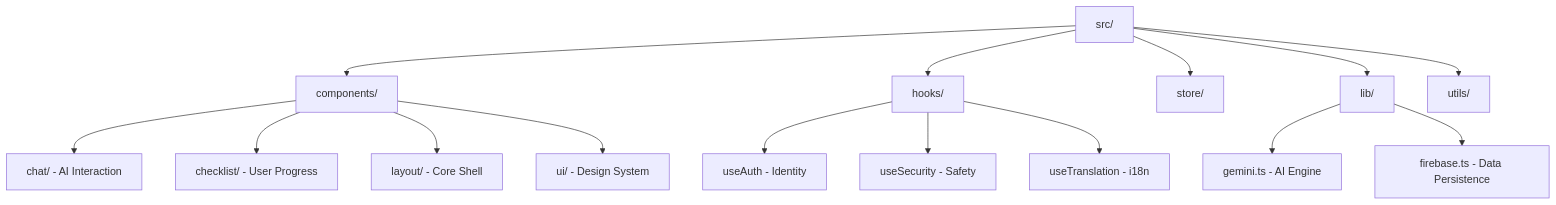
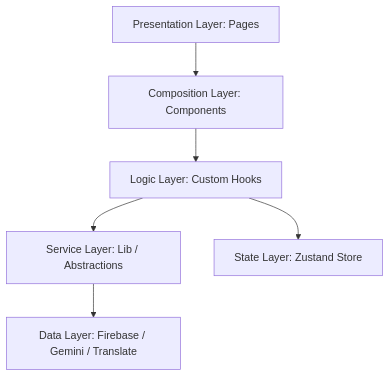
One commit to Priyansh-Bharti/CivicIQ changed the diagram in CODE_QUALITY.md. Above: the diagram before and after it, drawn with Mermaid. The commit also changed other lines of this file and 13 other files, not shown here.

Commit message:
docs: implement comprehensive project documentation suite (Code Quality, Security, Accessibility, Architecture, etc.)

````diff
--- a/CODE_QUALITY.md
+++ b/CODE_QUALITY.md
@@ -23,20 +34,8 @@
 ```mermaid
 graph TD
-    A[src/] --> B[components/]
-    A --> C[hooks/]
-    A --> D[store/]
-    A --> E[lib/]
-    A --> F[utils/]
-    
-    B --> B1[chat/ - AI Interaction]
-    B --> B2[checklist/ - User Progress]
-    B --> B3[layout/ - Core Shell]
-    B --> B4[ui/ - Design System]
-    
-    C --> C1[useAuth - Identity]
-    C --> C2[useSecurity - Safety]
-    C --> C3[useTranslation - i18n]
-    
-    E --> E1[gemini.ts - AI Engine]
-    E --> E2[firebase.ts - Data Persistence]
+    A[Presentation Layer: Pages] --> B[Composition Layer: Components]
+    B --> C[Logic Layer: Custom Hooks]
+    C --> D[Service Layer: Lib / Abstractions]
+    C --> E[State Layer: Zustand Store]
+    D --> F[Data Layer: Firebase / Gemini / Translate]
 ```
````
